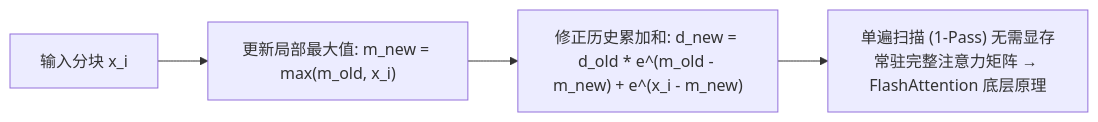
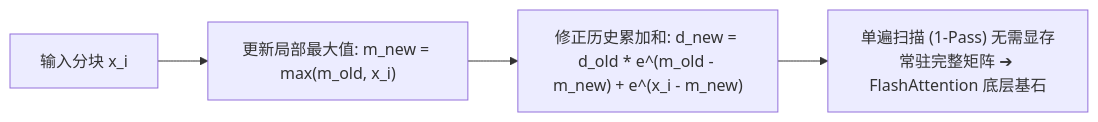
Before and after one commit to hsthanb4/hpclearning: the first of 4 diagrams in cuda/lesson07_online_softmax.qmd, drawn with Mermaid. The commit also changed other lines of this file and 205 other files, not shown here.

````diff
--- a/cuda/lesson07_online_softmax.qmd
+++ b/cuda/lesson07_online_softmax.qmd
@@ -31,6 +34,6 @@
-```{mermaid}
+```mermaid
 flowchart LR
     Input["输入分块 x_i"] --> Max["更新局部最大值: m_new = max(m_old, x_i)"]
     Max --> Scale["修正历史累加和: d_new = d_old * e^(m_old - m_new) + e^(x_i - m_new)"]
-    Scale --> Flash["单遍扫描 (1-Pass) 无需显存常驻完整注意力矩阵 → FlashAttention 底层原理"]
+    Scale --> Flash["单遍扫描 (1-Pass) 无需显存常驻完整矩阵 ➔ FlashAttention 底层基石"]
 ```
````
